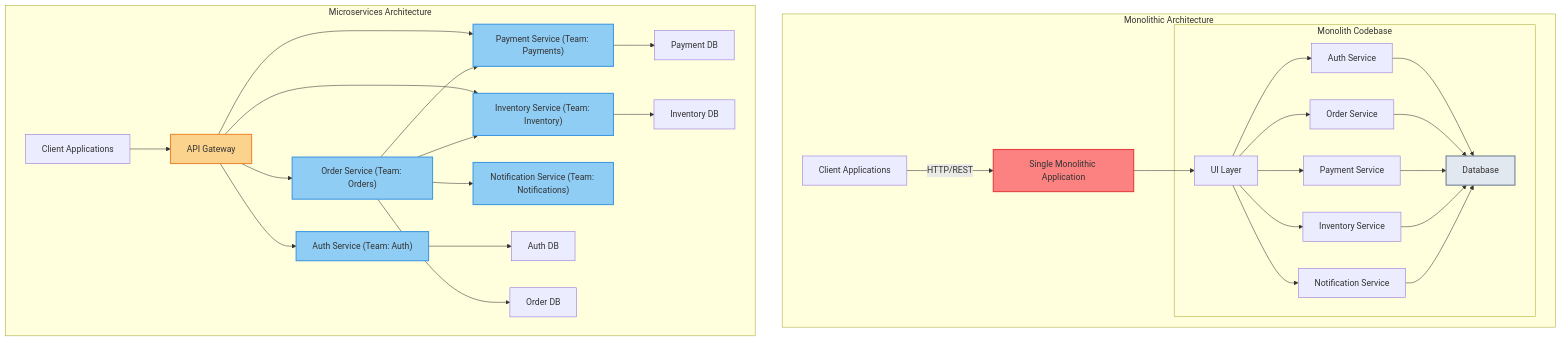
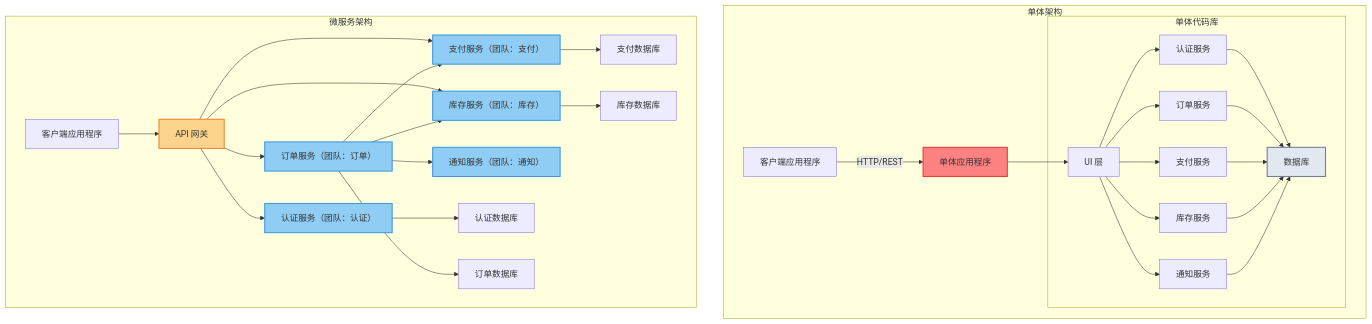
Before and after one commit to YiWang24/AiDIY: the first of 2 diagrams in i18n/zh-Hans/docusaurus-plugin-content-docs/current/cs/system-design/service-layer.mdx, drawn with Mermaid. The commit also changed other lines of this file and 26 other files, not shown here.

````diff
--- a/i18n/zh-Hans/docusaurus-plugin-content-docs/current/cs/system-design/service-layer.mdx
+++ b/i18n/zh-Hans/docusaurus-plugin-content-docs/current/cs/system-design/service-layer.mdx
@@ -119,70 +119,70 @@
 ```mermaid
 graph TB
-    subgraph Monolith["Monolithic Architecture"]
-        Client["Client Applications"]
-        MonoApp["Single Monolithic Application"]
+    subgraph Monolith["单体架构"]
+        Client["客户端应用程序"]
+        MonoApp["单体应用程序"]
 
-        subgraph Mono["Monolith Codebase"]
-            UI["UI Layer"]
-            Auth["Auth Service"]
-            Orders["Order Service"]
-            Payments["Payment Service"]
-            Inventory["Inventory Service"]
-            Notifications["Notification Service"]
-            DB["Database"]
+        subgraph Mono["单体代码库"]
+            UI["UI 层"]
+            Auth["认证服务"]
+            Orders["订单服务"]
+            Payments["支付服务"]
+            Inventory["库存服务"]
+            Notifications["通知服务"]
+            DB["数据库"]
         end
 
         Client -->|"HTTP/REST"| MonoApp
         MonoApp --> UI
         UI --> Auth
         UI --> Orders
         UI --> Payments
         UI --> Inventory
         UI --> Notifications
         Auth --> DB
         Orders --> DB
         Payments --> DB
         Inventory --> DB
         Notifications --> DB
     end
 
-    subgraph Microservices["Microservices Architecture"]
-        Client2["Client Applications"]
-        API["API Gateway"]
+    subgraph Microservices["微服务架构"]
+        Client2["客户端应用程序"]
+        API["API 网关"]
 
-        AuthSvc["Auth Service (Team: Auth)"]
-        OrderSvc["Order Service (Team: Orders)"]
-        PaySvc["Payment Service (Team: Payments)"]
-        InvSvc["Inventory Service (Team: Inventory)"]
-        NotifSvc["Notification Service (Team: Notifications)"]
+        AuthSvc["认证服务（团队：认证）"]
+        OrderSvc["订单服务（团队：订单）"]
+        PaySvc["支付服务（团队：支付）"]
+        InvSvc["库存服务（团队：库存）"]
+        NotifSvc["通知服务（团队：通知）"]
 
-        AuthDB["Auth DB"]
-        OrderDB["Order DB"]
-        PayDB["Payment DB"]
-        InvDB["Inventory DB"]
+        AuthDB["认证数据库"]
+        OrderDB["订单数据库"]
+        PayDB["支付数据库"]
+        InvDB["库存数据库"]
 
         Client2 --> API
         API --> AuthSvc
         API --> OrderSvc
         API --> PaySvc
         API --> InvSvc
 
         OrderSvc --> PaySvc
         OrderSvc --> InvSvc
         OrderSvc --> NotifSvc
 
         AuthSvc --> AuthDB
         OrderSvc --> OrderDB
         PaySvc --> PayDB
         InvSvc --> InvDB
     end
 
     style MonoApp fill:#fc8181,stroke:#e53e3e,stroke-width:2px
     style DB fill:#e2e8f0,stroke:#718096,stroke-width:2px
     style API fill:#fbd38d,stroke:#ed8936,stroke-width:2px
     style AuthSvc fill:#90cdf4,stroke:#4299e1,stroke-width:2px
     style OrderSvc fill:#90cdf4,stroke:#4299e1,stroke-width:2px
     style PaySvc fill:#90cdf4,stroke:#4299e1,stroke-width:2px
     style InvSvc fill:#90cdf4,stroke:#4299e1,stroke-width:2px
     style NotifSvc fill:#90cdf4,stroke:#4299e1,stroke-width:2px
 ```
````
